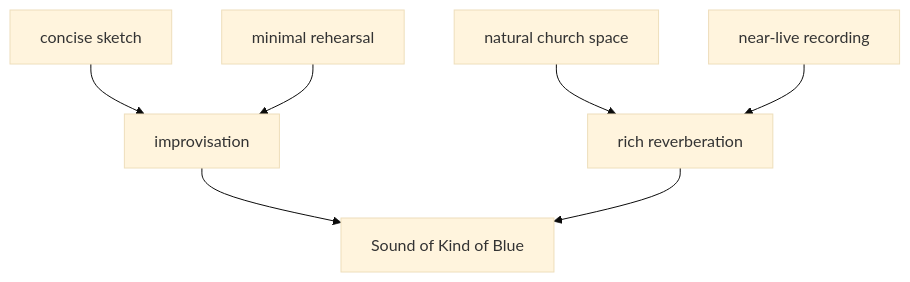
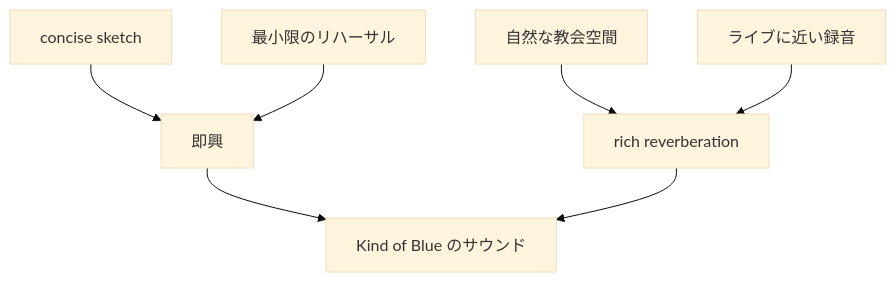
Before and after one commit to monumental-movement/monumental-movement.github.io: diagram 14 of 21 in en/_posts/2026-06-27-column-influential-album-01.md, drawn with Mermaid (base theme). The commit also changed other lines of this file and 2196 other files, not shown here.

```diff
--- a/en/_posts/2026-06-27-column-influential-album-01.md
+++ b/en/_posts/2026-06-27-column-influential-album-01.md
@@ -905,18 +903,18 @@
 <div class="mermaid">
 
 flowchart TD
 
 A[concise sketch]
-B[minimal rehearsal]
-C[natural church space]
-D[near-live recording]
+B[最小限のリハーサル]
+C[自然な教会空間]
+D[ライブに近い録音]
 
-A --> E[improvisation]
+A --> E[即興]
 B --> E
 C --> F[rich reverberation]
 D --> F
 
-E --> G[Sound of Kind of Blue]
+E --> G[Kind of Blue のサウンド]
 F --> G
 
 </div>
```
